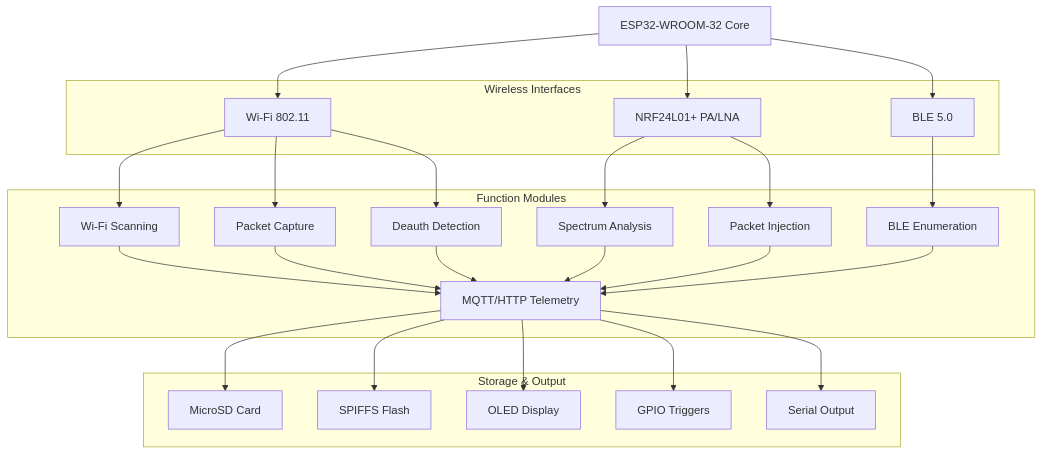
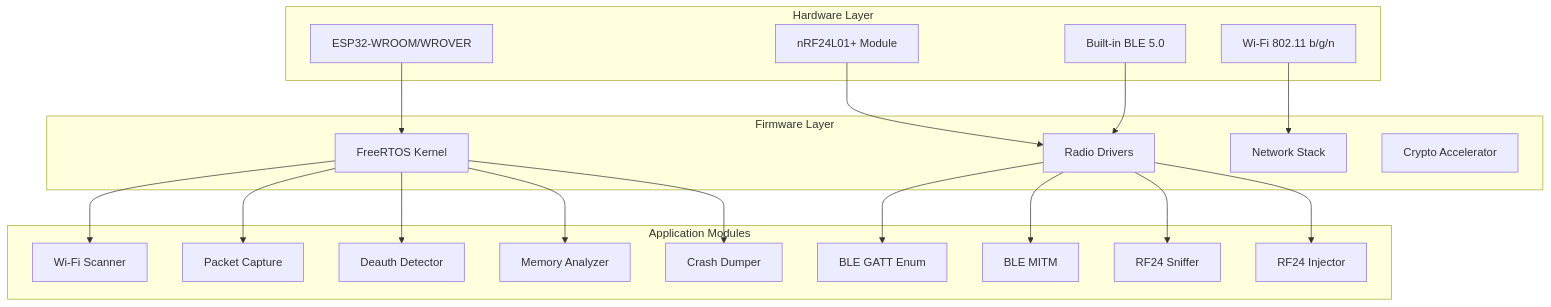
One commit to ykrishhh/ESP32-HARNESS changed the diagram in README.md. Above: the diagram before and after it, drawn with Mermaid. The commit also changed other lines of this file, not shown here.

Commit message:
Enhance README: architecture diagram, capability tables, CLI reference, project structure, roadmap

````diff
--- a/README.md
+++ b/README.md
@@ -79,35 +30,42 @@
 ```mermaid
 graph TB
-    ESP[ESP32-WROOM-32 Core]
-
-    subgraph Wireless["Wireless Interfaces"]
-        WiFi[Wi-Fi 802.11]
-        BLE[BLE 5.0]
-        RF24[NRF24L01+ PA/LNA]
+    subgraph "Hardware Layer"
+        ESP32[ESP32-WROOM/WROVER]
+        NRF[nRF24L01+ Module]
+        BLE[Built-in BLE 5.0]
+        WIFI[Wi-Fi 802.11 b/g/n]
     end
 
-    subgraph Modules["Function Modules"]
-        Scan[Wi-Fi Scanning]
-        Capture[Packet Capture]
-        Deauth[Deauth Detection]
-        RF_Spec[Spectrum Analysis]
-        RF_Inj[Packet Injection]
-        BLE_Scan[BLE Enumeration]
-        Tel[MQTT/HTTP Telemetry]
+    subgraph "Firmware Layer"
+        KERNEL[FreeRTOS Kernel]
+        NET[Network Stack]
+        RADIO[Radio Drivers]
+        CRYPTO[Crypto Accelerator]
     end
 
-    subgraph Storage["Storage & Output"]
-        SD[MicroSD Card]
-        SPIFFS[SPIFFS Flash]
-        OLED[OLED Display]
-        GPIO[GPIO Triggers]
-        Serial[Serial Output]
+    subgraph "Application Modules"
+        WIFI_SCAN[Wi-Fi Scanner]
+        PKT_CAP[Packet Capture]
+        DEAUTH[Deauth Detector]
+        BLE_ENUM[BLE GATT Enum]
+        BLE_MITM[BLE MITM]
+        NRF_SNIFF[RF24 Sniffer]
+        NRF_INJ[RF24 Injector]
+        MEM_ANAL[Memory Analyzer]
+        CRASH[Crash Dumper]
     end
 
-    ESP --> WiFi & BLE & RF24
-    WiFi --> Scan & Capture & Deauth
-    RF24 --> RF_Spec & RF_Inj
-    BLE --> BLE_Scan
-    Scan & Capture & Deauth & RF_Spec & RF_Inj & BLE_Scan --> Tel
-    Tel --> SD & SPIFFS & OLED & GPIO & Serial
+    ESP32 --> KERNEL
+    NRF --> RADIO
+    BLE --> RADIO
+    WIFI --> NET
+    KERNEL --> WIFI_SCAN
+    KERNEL --> PKT_CAP
+    KERNEL --> DEAUTH
+    RADIO --> BLE_ENUM
+    RADIO --> BLE_MITM
+    RADIO --> NRF_SNIFF
+    RADIO --> NRF_INJ
+    KERNEL --> MEM_ANAL
+    KERNEL --> CRASH
 ```
````
